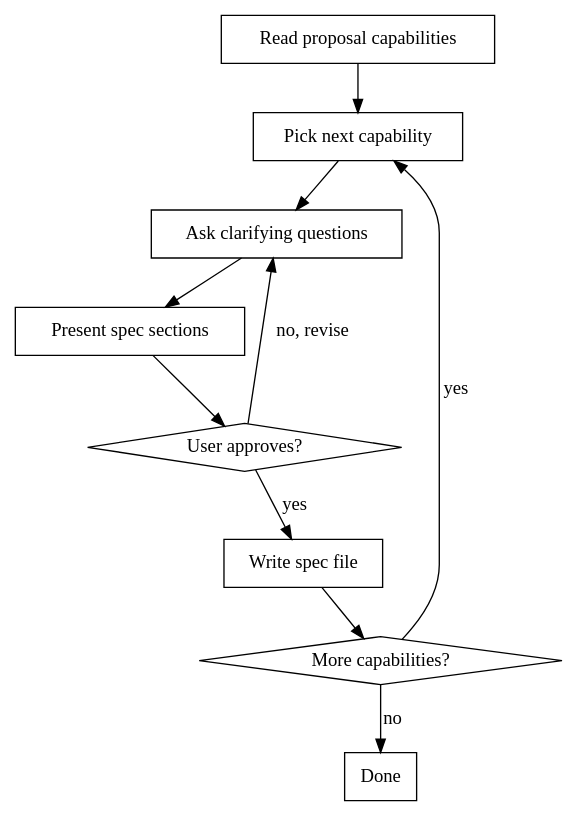
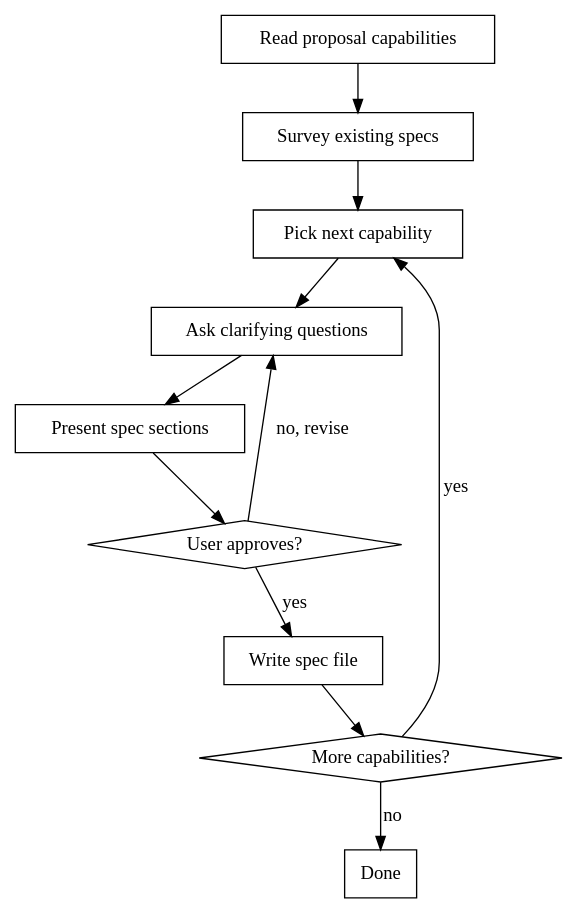
One commit to Codagent-AI/agent-skills changed the diagram in skills/spec/SKILL.md. Above: the diagram before and after it, drawn with Graphviz. The commit also changed other lines of this file and 3 other files, not shown here.

````diff
--- a/skills/spec/SKILL.md
+++ b/skills/spec/SKILL.md
@@ -36,22 +37,24 @@
 ```dot
 digraph spec {
     "Read proposal capabilities" [shape=box];
+    "Survey existing specs" [shape=box];
     "Pick next capability" [shape=box];
     "Ask clarifying questions" [shape=box];
     "Present spec sections" [shape=box];
     "User approves?" [shape=diamond];
     "Write spec file" [shape=box];
     "More capabilities?" [shape=diamond];
     "Done" [shape=box];
 
-    "Read proposal capabilities" -> "Pick next capability";
+    "Read proposal capabilities" -> "Survey existing specs";
+    "Survey existing specs" -> "Pick next capability";
     "Pick next capability" -> "Ask clarifying questions";
     "Ask clarifying questions" -> "Present spec sections";
     "Present spec sections" -> "User approves?";
     "User approves?" -> "Ask clarifying questions" [label="no, revise"];
     "User approves?" -> "Write spec file" [label="yes"];
     "Write spec file" -> "More capabilities?";
     "More capabilities?" -> "Pick next capability" [label="yes"];
     "More capabilities?" -> "Done" [label="no"];
 }
 ```
````
